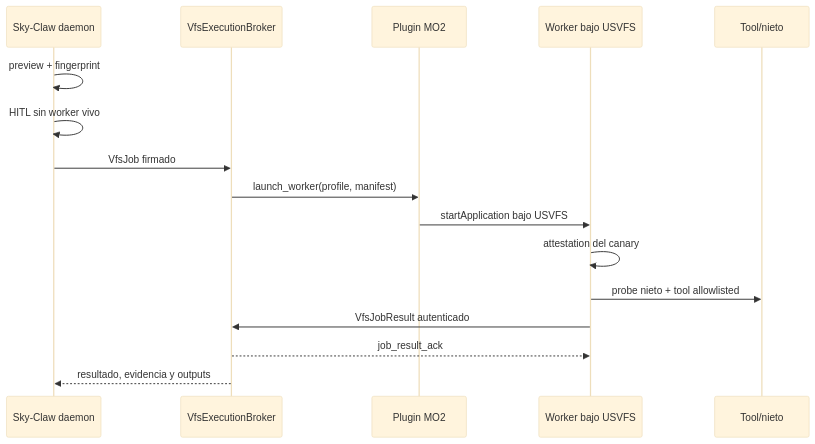
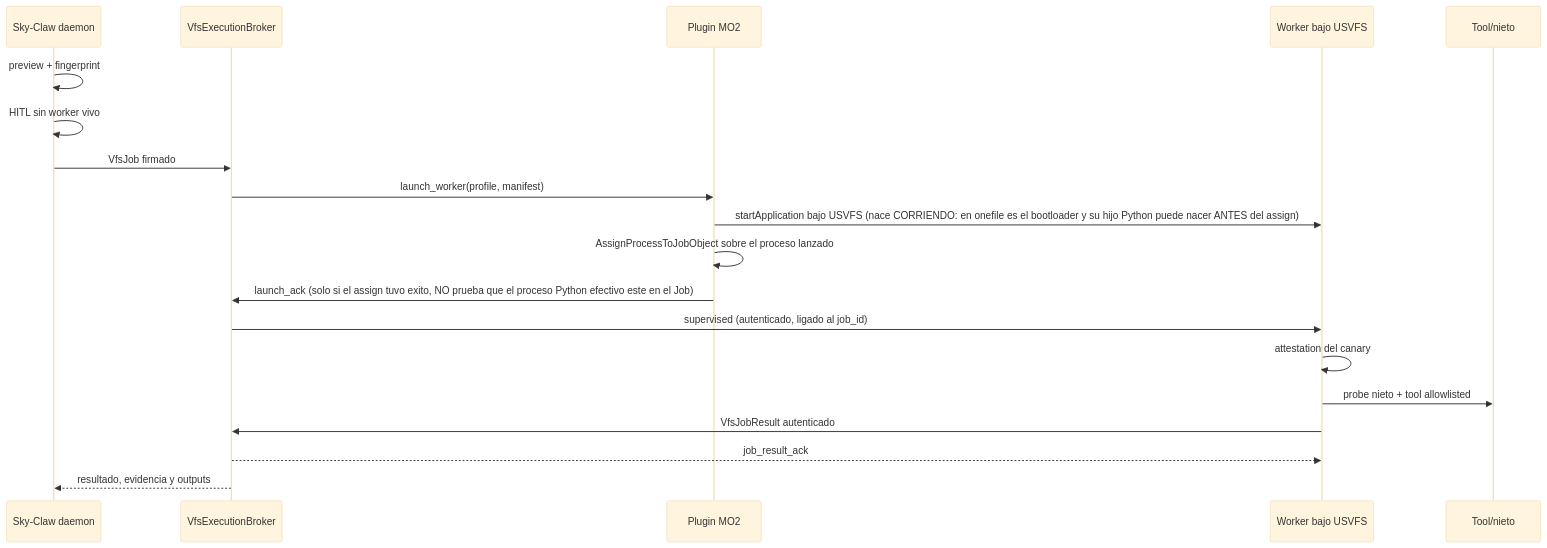
The diagram in docs/adr/0007-mo2-broker-usvfs.md (FacundoSu1986/Sky-Claw), drawn with Mermaid (base theme) before and after one commit. The commit also changed other lines of this file and 17 other files, not shown here.

First line of the commit message:
fix(vfs): fence de supervisión del worker del broker MO2/USVFS (#856)

````diff
--- a/docs/adr/0007-mo2-broker-usvfs.md
+++ b/docs/adr/0007-mo2-broker-usvfs.md
@@ -29,19 +29,22 @@
 ```mermaid
 sequenceDiagram
     participant D as Sky-Claw daemon
     participant B as VfsExecutionBroker
     participant P as Plugin MO2
     participant W as Worker bajo USVFS
     participant T as Tool/nieto
 
     D->>D: preview + fingerprint
     D->>D: HITL sin worker vivo
     D->>B: VfsJob firmado
     B->>P: launch_worker(profile, manifest)
-    P->>W: startApplication bajo USVFS
+    P->>W: startApplication bajo USVFS (nace CORRIENDO: en onefile es el bootloader y su hijo Python puede nacer ANTES del assign)
+    P->>P: AssignProcessToJobObject sobre el proceso lanzado
+    P->>B: launch_ack (solo si el assign tuvo exito, NO prueba que el proceso Python efectivo este en el Job)
+    B->>W: supervised (autenticado, ligado al job_id)
     W->>W: attestation del canary
     W->>T: probe nieto + tool allowlisted
     W->>B: VfsJobResult autenticado
     B-->>W: job_result_ack
     B-->>D: resultado, evidencia y outputs
 ```
````
